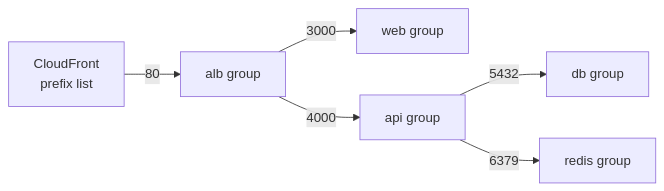
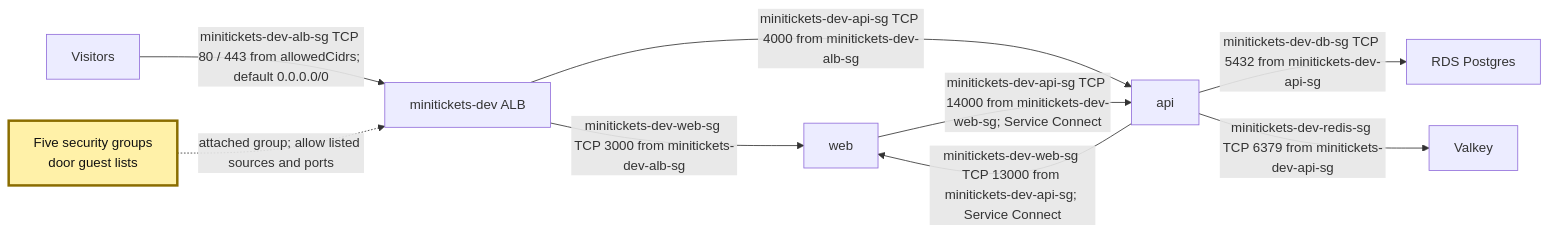
The first of 2 diagrams in docs/handbook/concepts/security-groups.md (maheshnd/minitickets), drawn with Mermaid before and after one commit. The commit also changed other lines of this file and 43 other files, not shown here.

````diff
--- a/docs/handbook/concepts/security-groups.md
+++ b/docs/handbook/concepts/security-groups.md
@@ -20,8 +14,13 @@
 ```mermaid
 flowchart LR
-    cf["CloudFront<br/>prefix list"] -->|"80"| alb["alb group"]
-    alb -->|"3000"| web["web group"]
-    alb -->|"4000"| api["api group"]
-    api -->|"5432"| db["db group"]
-    api -->|"6379"| redis["redis group"]
+    visitor["Visitors"] -->|"minitickets-dev-alb-sg TCP 80 / 443 from allowedCidrs; default 0.0.0.0/0"| alb["minitickets-dev ALB"]
+    guards["Five security groups<br/>door guest lists"] -.->|"attached group; allow listed sources and ports"| alb
+    alb -->|"minitickets-dev-web-sg TCP 3000 from minitickets-dev-alb-sg"| web["web"]
+    alb -->|"minitickets-dev-api-sg TCP 4000 from minitickets-dev-alb-sg"| api["api"]
+    web -->|"minitickets-dev-api-sg TCP 14000 from minitickets-dev-web-sg; Service Connect"| api
+    api -->|"minitickets-dev-web-sg TCP 13000 from minitickets-dev-api-sg; Service Connect"| web
+    api -->|"minitickets-dev-db-sg TCP 5432 from minitickets-dev-api-sg"| db["RDS Postgres"]
+    api -->|"minitickets-dev-redis-sg TCP 6379 from minitickets-dev-api-sg"| redis["Valkey"]
+    classDef focus fill:#fff1a8,stroke:#8a6d00,stroke-width:3px,color:#111
+    class guards focus
 ```
````
